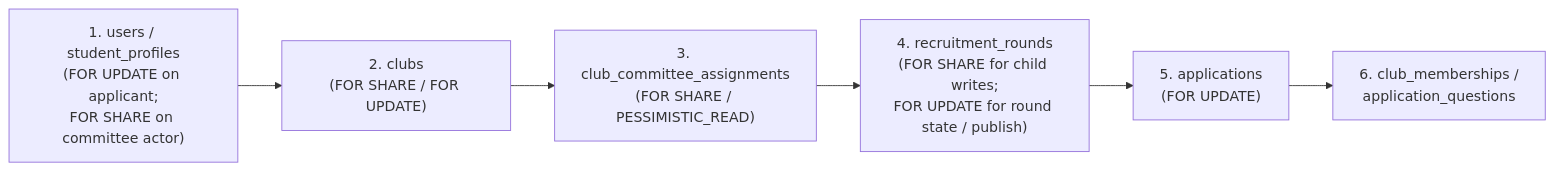
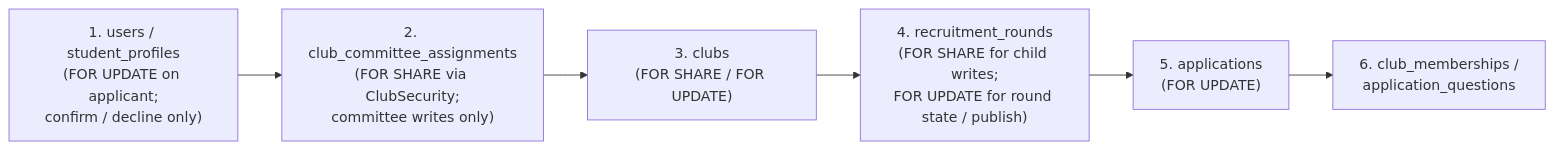
Before and after one commit to chanitnan0jr/TU_ClubHub_CS261: the diagram in docs/architecture/task75-sprint2-design.md, drawn with Mermaid. The commit also changed other lines of this file, not shown here.

First line of the commit message:
docs(architecture): correct Task75 lock order

````diff
--- a/docs/architecture/task75-sprint2-design.md
+++ b/docs/architecture/task75-sprint2-design.md
@@ -598,8 +604,8 @@
 ```mermaid
 flowchart LR
-    L1["1. users / student_profiles<br/>(FOR UPDATE on applicant;<br/>FOR SHARE on committee actor)"] --> L2["2. clubs<br/>(FOR SHARE / FOR UPDATE)"]
-    L2 --> L3["3. club_committee_assignments<br/>(FOR SHARE / PESSIMISTIC_READ)"]
+    L1["1. users / student_profiles<br/>(FOR UPDATE on applicant;<br/>confirm / decline only)"] --> L2["2. club_committee_assignments<br/>(FOR SHARE via ClubSecurity;<br/>committee writes only)"]
+    L2 --> L3["3. clubs<br/>(FOR SHARE / FOR UPDATE)"]
     L3 --> L4["4. recruitment_rounds<br/>(FOR SHARE for child writes;<br/>FOR UPDATE for round state / publish)"]
     L4 --> L5["5. applications<br/>(FOR UPDATE)"]
     L5 --> L6["6. club_memberships /<br/>application_questions"]
 ```
````
